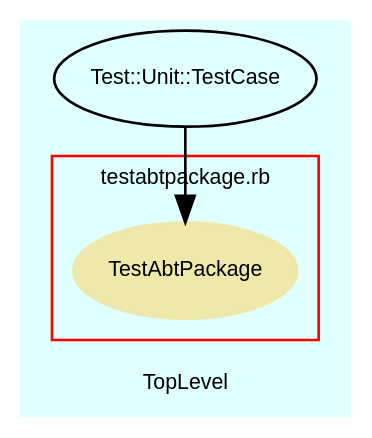
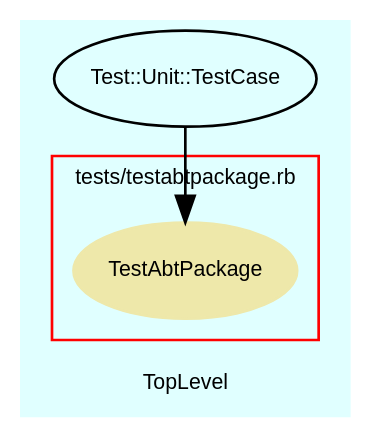
The diagram in src/trunk/doc/dot/f_12.dot (eschabell/abtlinux), drawn with Graphviz before and after one commit. The commit also changed 52 other files, not shown here.

```diff
--- a/src/trunk/doc/dot/f_12.dot
+++ b/src/trunk/doc/dot/f_12.dot
@@ -1,37 +1,37 @@
 digraph TopLevel {
     compound = true
     bgcolor = lightcyan1
     fontname = Arial
     fontsize = 8
     label = "TopLevel"
     node [
         fontname = Arial,
         fontsize = 8,
         color = black
     ]
 
     subgraph cluster_13 {
         fontname = Arial
         color = red
-        label = "testabtpackage.rb"
+        label = "tests/testabtpackage.rb"
         TestAbtPackage [
             fontcolor = black,
             URL = "classes/TestAbtPackage.html",
             shape = ellipse,
             color = palegoldenrod,
             style = filled,
             label = "TestAbtPackage"
         ]
 
     }
 
     Test__Unit__TestCase [
         URL = "classes/Test/Unit/TestCase.html",
         label = "Test::Unit::TestCase"
     ]
 
     Test__Unit__TestCase -> TestAbtPackage [
 
     ]
 
 }
```
